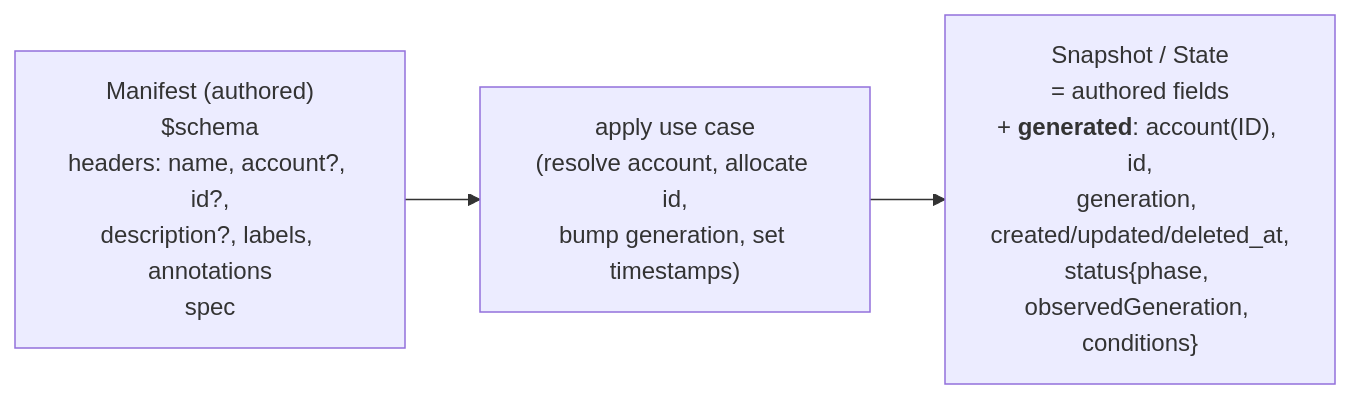
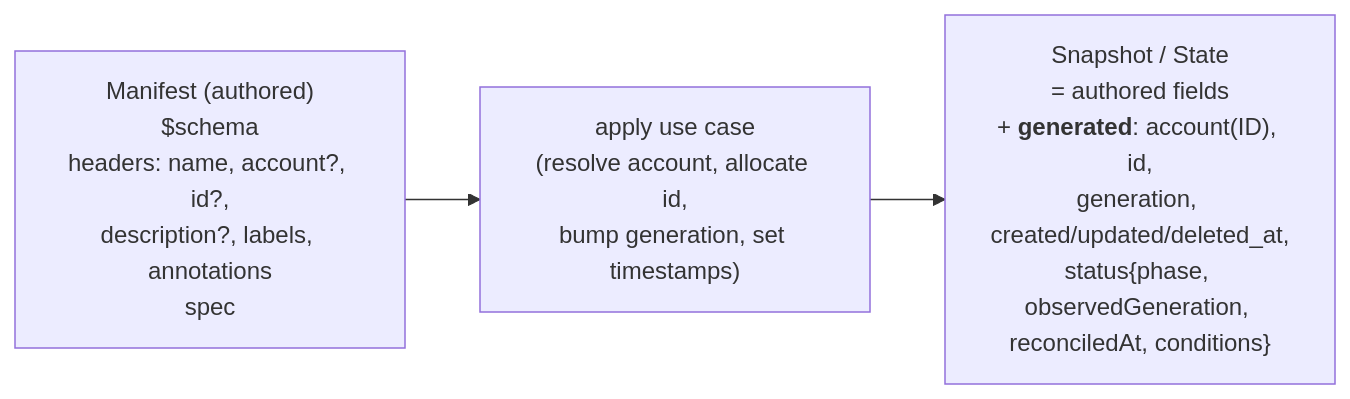
One commit to kamu-data/kamu-cli changed the second of 7 diagrams in docs/internal/resources-framework.md. Above: the diagram before and after it, drawn with Mermaid. The commit also changed other lines of this file and 89 other files, not shown here.

````diff
--- a/docs/internal/resources-framework.md
+++ b/docs/internal/resources-framework.md
@@ -491,7 +493,7 @@
 ```mermaid
 flowchart LR
     M["Manifest (authored)<br/>$schema<br/>headers: name, account?, id?,<br/>description?, labels, annotations<br/>spec"]
     A["apply use case<br/>(resolve account, allocate id,<br/>bump generation, set timestamps)"]
-    S["Snapshot / State<br/>= authored fields<br/>+ <b>generated</b>: account(ID), id,<br/>generation, created/updated/deleted_at,<br/>status{phase, observedGeneration, conditions}"]
+    S["Snapshot / State<br/>= authored fields<br/>+ <b>generated</b>: account(ID), id,<br/>generation, created/updated/deleted_at,<br/>status{phase, observedGeneration, reconciledAt, conditions}"]
     M --> A --> S
 ```
````
